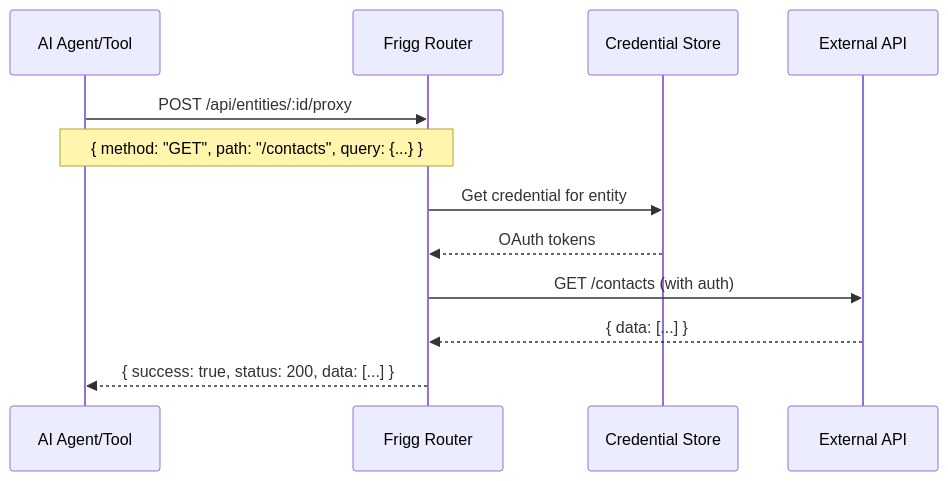
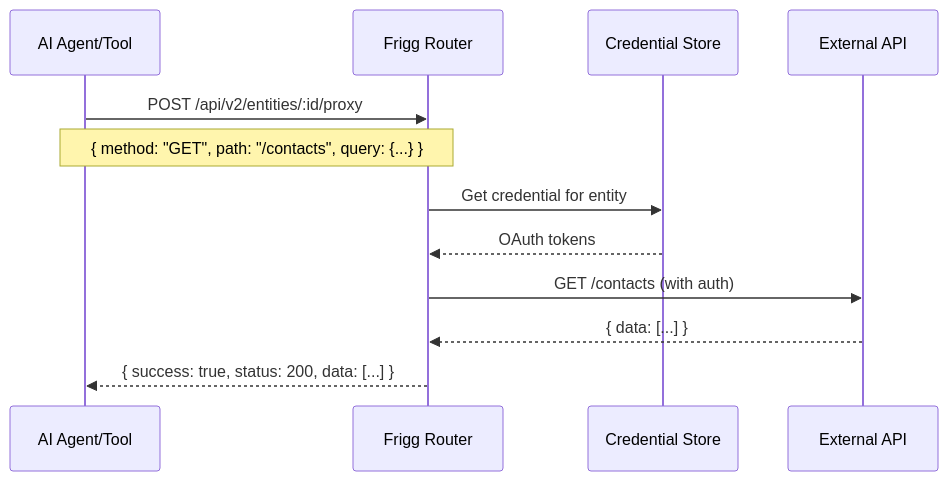
Before and after one commit to friggframework/frigg: the third of 4 diagrams in docs/architecture-decisions/006-integration-router-v2.md, drawn with Mermaid. The commit also changed other lines of this file and 4 other files, not shown here.

First line of the commit message:
docs(adr): ADR-052 entity proxy security, ADR-053 Management API versioning

````diff
--- a/docs/architecture-decisions/006-integration-router-v2.md
+++ b/docs/architecture-decisions/006-integration-router-v2.md
@@ -126,18 +141,18 @@
 ```mermaid
 sequenceDiagram
     participant Client as AI Agent/Tool
     participant Frigg as Frigg Router
     participant Cred as Credential Store
     participant API as External API
 
-    Client->>Frigg: POST /api/entities/:id/proxy
+    Client->>Frigg: POST /api/v2/entities/:id/proxy
     Note over Client,Frigg: { method: "GET", path: "/contacts", query: {...} }
 
     Frigg->>Cred: Get credential for entity
     Cred-->>Frigg: OAuth tokens
 
     Frigg->>API: GET /contacts (with auth)
     API-->>Frigg: { data: [...] }
 
     Frigg-->>Client: { success: true, status: 200, data: [...] }
 ```
````
